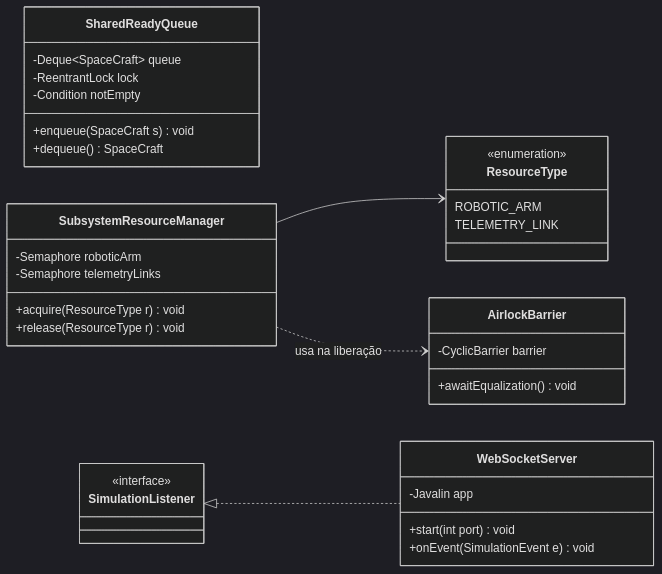
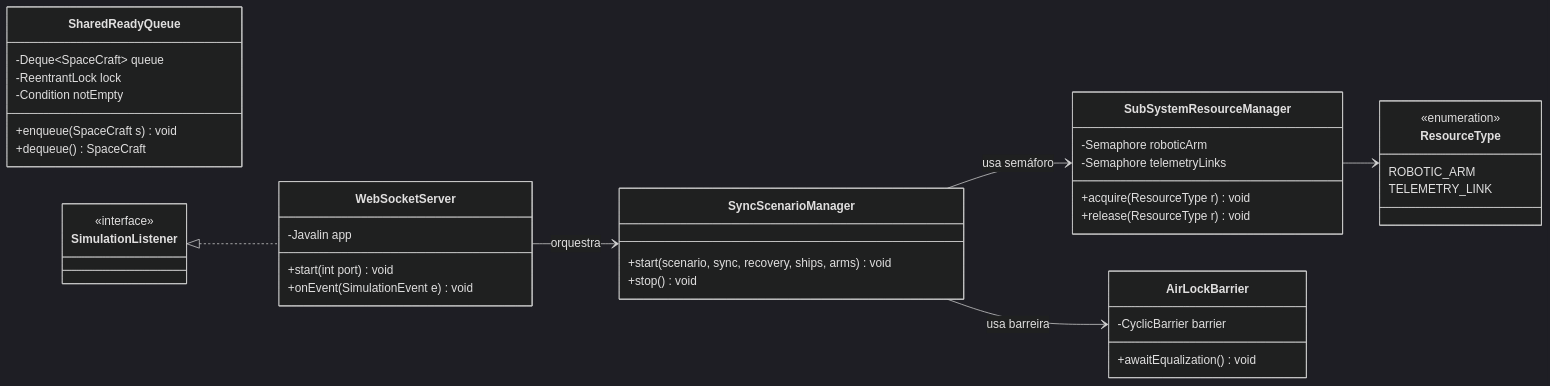
The sixth of 6 diagrams in docs/uml/README.md (Felipe-Tagawa/Promethean), drawn with Mermaid (dark theme) before and after one commit. The commit also changed other lines of this file and 1 other file, not shown here.

````diff
--- a/docs/uml/README.md
+++ b/docs/uml/README.md
@@ -431,44 +424,51 @@
 ```mermaid
 classDiagram
     direction LR
 
     class SharedReadyQueue {
         -Deque~SpaceCraft~ queue
         -ReentrantLock lock
         -Condition notEmpty
         +enqueue(SpaceCraft s) void
         +dequeue() SpaceCraft
     }
 
-    class SubsystemResourceManager {
+    class SubSystemResourceManager {
         -Semaphore roboticArm
         -Semaphore telemetryLinks
         +acquire(ResourceType r) void
         +release(ResourceType r) void
     }
 
     class ResourceType {
         <<enumeration>>
         ROBOTIC_ARM
         TELEMETRY_LINK
     }
 
-    class AirlockBarrier {
+    class AirLockBarrier {
         -CyclicBarrier barrier
         +awaitEqualization() void
+    }
+
+    class SyncScenarioManager {
+        +start(scenario, sync, recovery, ships, arms) void
+        +stop() void
     }
 
     class WebSocketServer {
         -Javalin app
         +start(int port) void
         +onEvent(SimulationEvent e) void
     }
 
     class SimulationListener {
         <<interface>>
     }
 
-    SubsystemResourceManager --> ResourceType
-    SubsystemResourceManager ..> AirlockBarrier : usa na liberação
+    SubSystemResourceManager --> ResourceType
+    SyncScenarioManager --> SubSystemResourceManager : usa semáforo
+    SyncScenarioManager --> AirLockBarrier : usa barreira
+    WebSocketServer --> SyncScenarioManager : orquestra
     SimulationListener <|.. WebSocketServer
 ```
````
